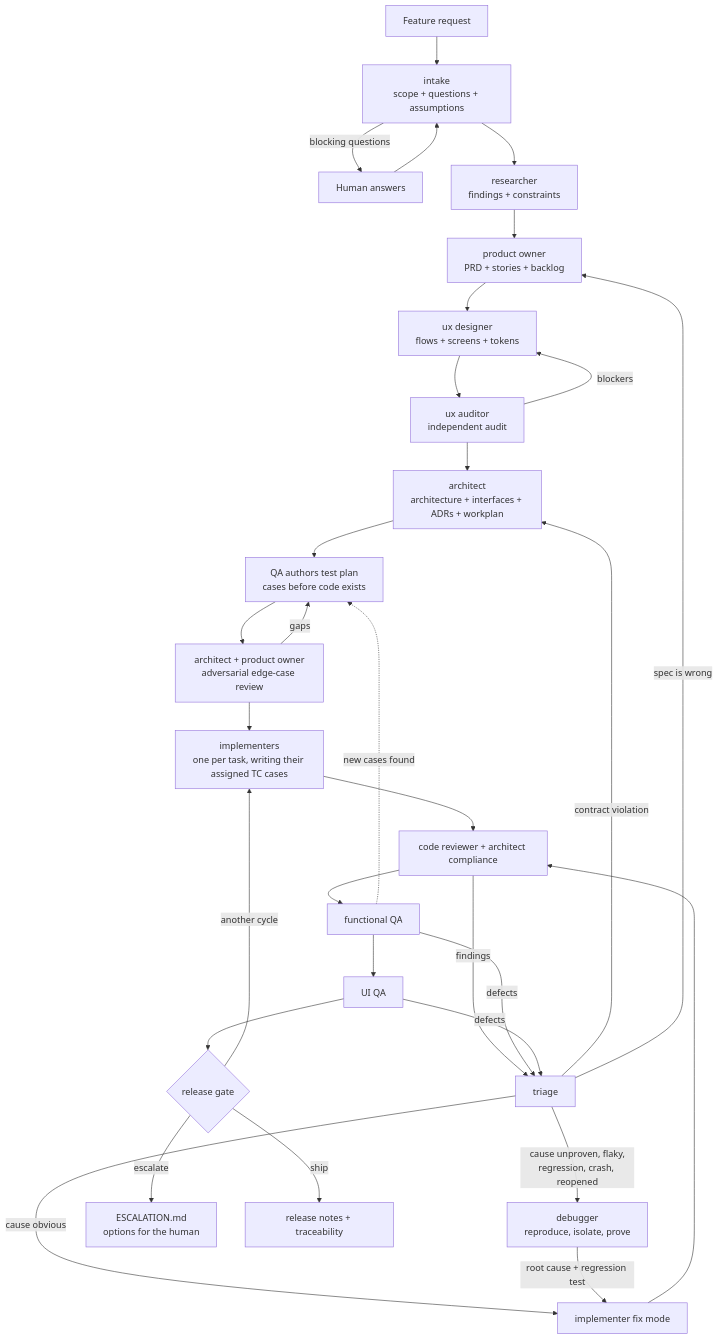
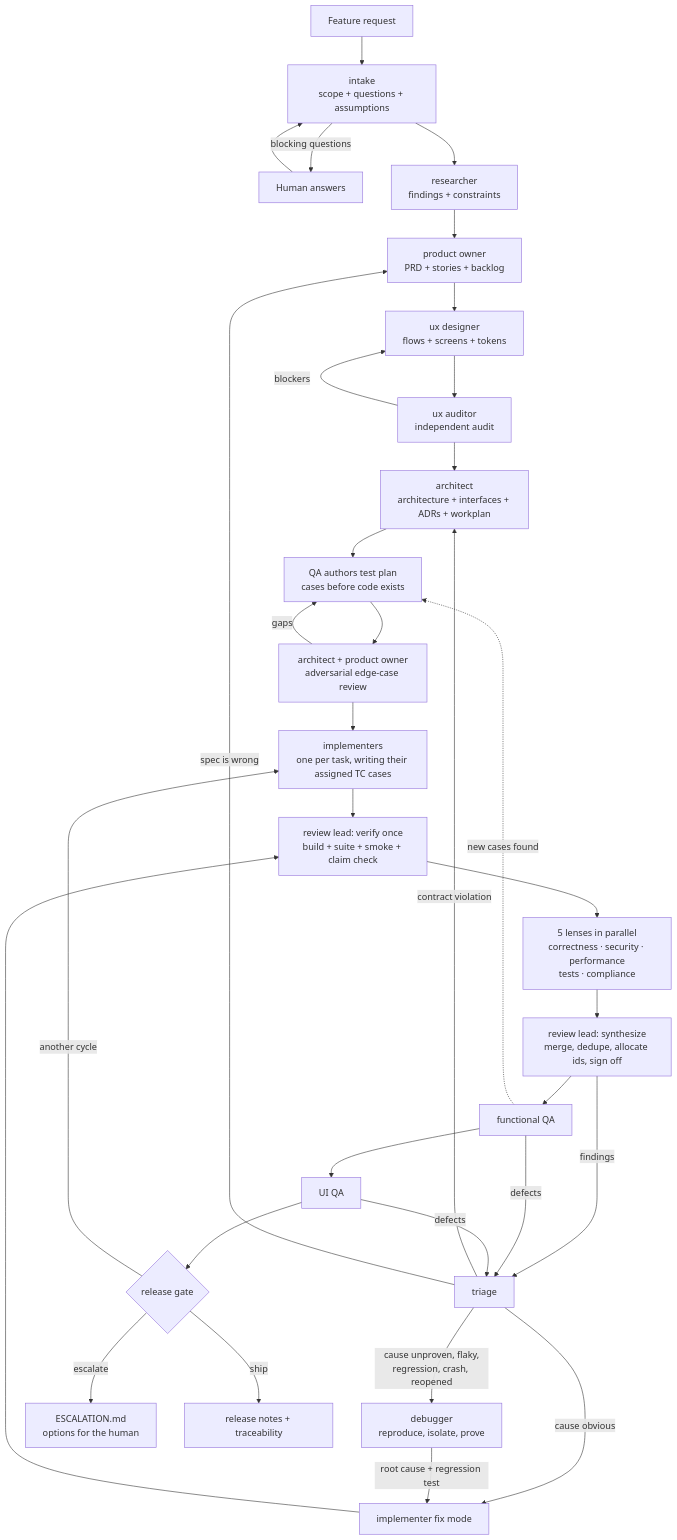
The diagram in docs/sdlc/README.md (DevLab-Technologies/claude-sdlc), drawn with Mermaid before and after one commit. The commit also changed other lines of this file and 10 other files, not shown here.

First line of the commit message:
Fan the review phase out into five parallel lenses

````diff
--- a/docs/sdlc/README.md
+++ b/docs/sdlc/README.md
@@ -5,33 +5,35 @@
 ```mermaid
 flowchart TD
     REQ[Feature request] --> IN[intake<br/>scope + questions + assumptions]
     IN -->|blocking questions| HUMAN[Human answers]
     HUMAN --> IN
     IN --> RES[researcher<br/>findings + constraints]
     RES --> PO[product owner<br/>PRD + stories + backlog]
     PO --> UX[ux designer<br/>flows + screens + tokens]
     UX --> AUD[ux auditor<br/>independent audit]
     AUD -->|blockers| UX
     AUD --> ARCH[architect<br/>architecture + interfaces + ADRs + workplan]
     ARCH --> TP[QA authors test plan<br/>cases before code exists]
     TP --> TPR[architect + product owner<br/>adversarial edge-case review]
     TPR -->|gaps| TP
     TPR --> IMPL[implementers<br/>one per task, writing their assigned TC cases]
-    IMPL --> REV[code reviewer + architect compliance]
-    REV --> QA[functional QA]
+    IMPL --> RV[review lead: verify once<br/>build + suite + smoke + claim check]
+    RV --> REV[5 lenses in parallel<br/>correctness · security · performance<br/>tests · compliance]
+    REV --> RS[review lead: synthesize<br/>merge, dedupe, allocate ids, sign off]
+    RS --> QA[functional QA]
     QA --> UIQA[UI QA]
     QA -.->|new cases found| TP
     UIQA --> GATE{release gate}
-    REV -->|findings| TRI[triage]
+    RS -->|findings| TRI[triage]
     QA -->|defects| TRI
     UIQA -->|defects| TRI
     TRI -->|cause obvious| FIX[implementer fix mode]
     TRI -->|cause unproven, flaky,<br/>regression, crash, reopened| DBG[debugger<br/>reproduce, isolate, prove]
     TRI -->|contract violation| ARCH
     TRI -->|spec is wrong| PO
     DBG -->|root cause + regression test| FIX
-    FIX --> REV
+    FIX --> RV
     GATE -->|another cycle| IMPL
     GATE -->|escalate| ESC[ESCALATION.md<br/>options for the human]
     GATE -->|ship| DONE[release notes + traceability]
 ```
````
